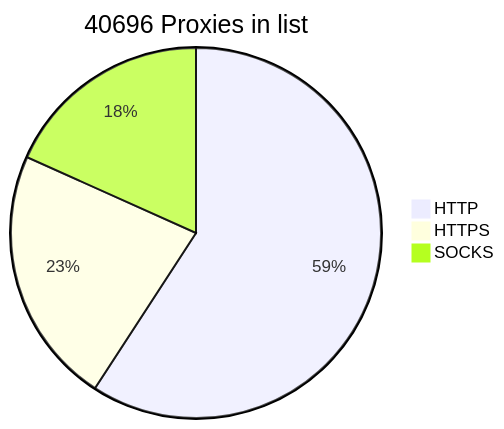
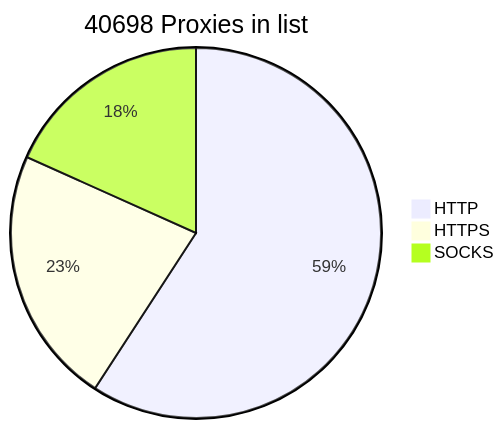
One commit to BlackSnowDot/proxylist-update-every-minute changed the diagram in README.md. Above: the diagram before and after it, drawn with Mermaid.

````diff
--- a/README.md
+++ b/README.md
@@ -2,6 +2,6 @@
 ```mermaid
-pie title 40696 Proxies in list
-    "HTTP" : 28319
-    "HTTPS": 10783
+pie title 40698 Proxies in list
+    "HTTP" : 28317
+    "HTTPS": 10786
     "SOCKS" : 8751
 ```
````
